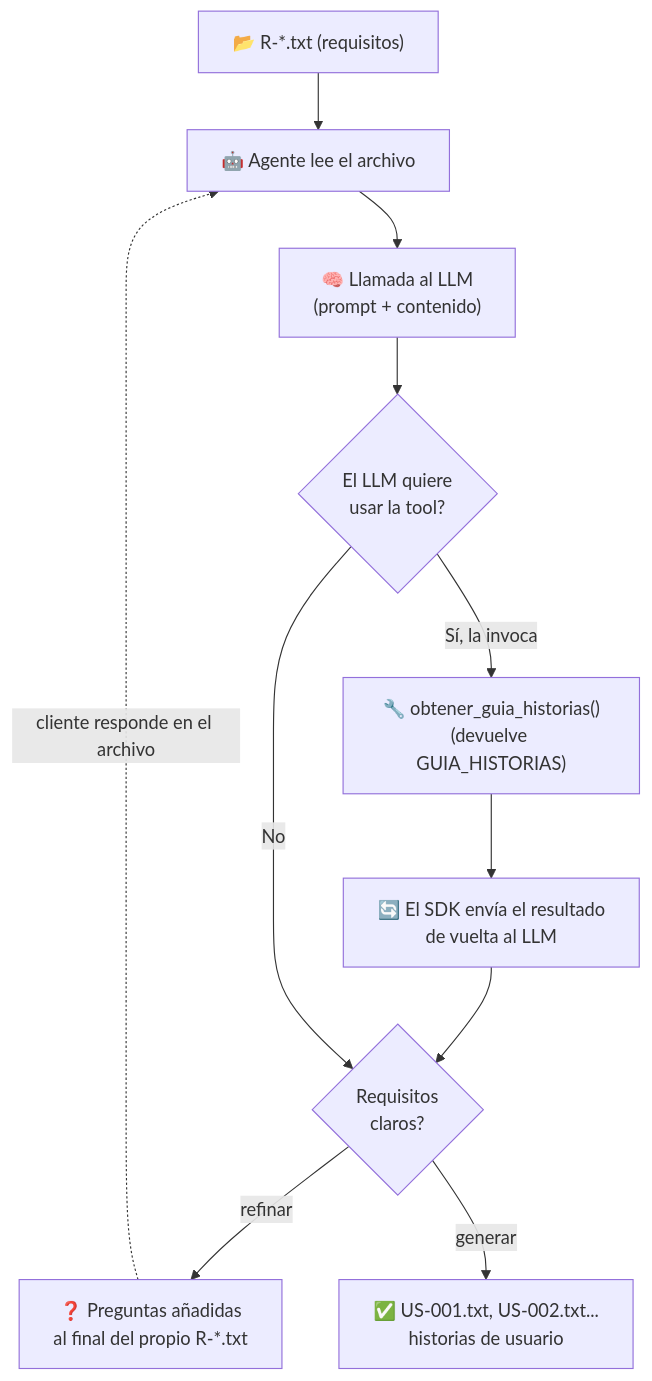
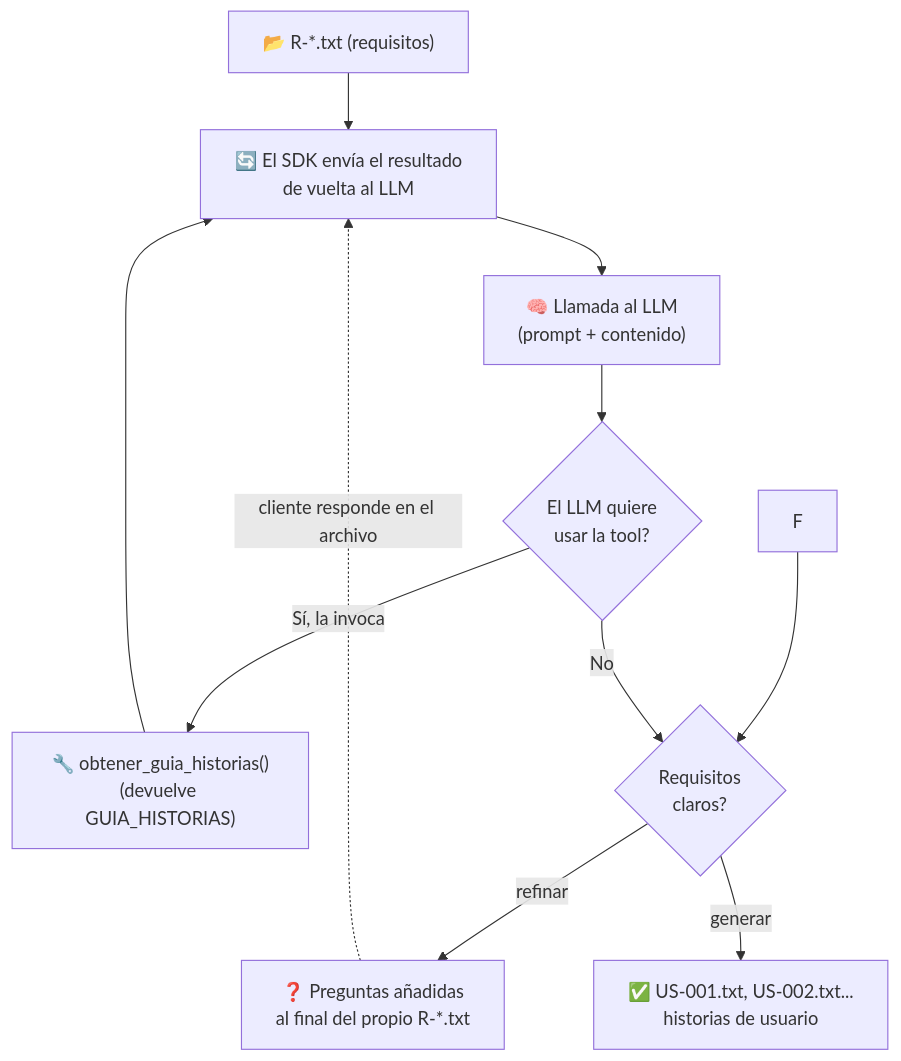
Before and after one commit to fcnatra/WorkshopAgent: the second of 2 diagrams in README.md, drawn with Mermaid.

Commit message:
Fix flow diagram connection in README.md

````diff
--- a/README.md
+++ b/README.md
@@ -25,13 +25,13 @@
 ```mermaid
 flowchart TD
     A["📂 R-*.txt (requisitos)"] --> B["🤖 Agente lee el archivo"]
     B --> C["🧠 Llamada al LLM\n(prompt + contenido)"]
     C --> D{"El LLM quiere\nusar la tool?"}
     D -->|Sí, la invoca| E["🔧 obtener_guia_historias()\n(devuelve GUIA_HISTORIAS)"]
-    E --> F["🔄 El SDK envía el resultado\nde vuelta al LLM"]
+    E --> B["🔄 El SDK envía el resultado\nde vuelta al LLM"]
     F --> G{"Requisitos\nclaros?"}
     D -->|No| G
     G -->|"refinar"| H["❓ Preguntas añadidas\nal final del propio R-*.txt"]
     G -->|"generar"| I["✅ US-001.txt, US-002.txt...\nhistorias de usuario"]
     H -. "cliente responde en el archivo" .-> B
 ```
````
